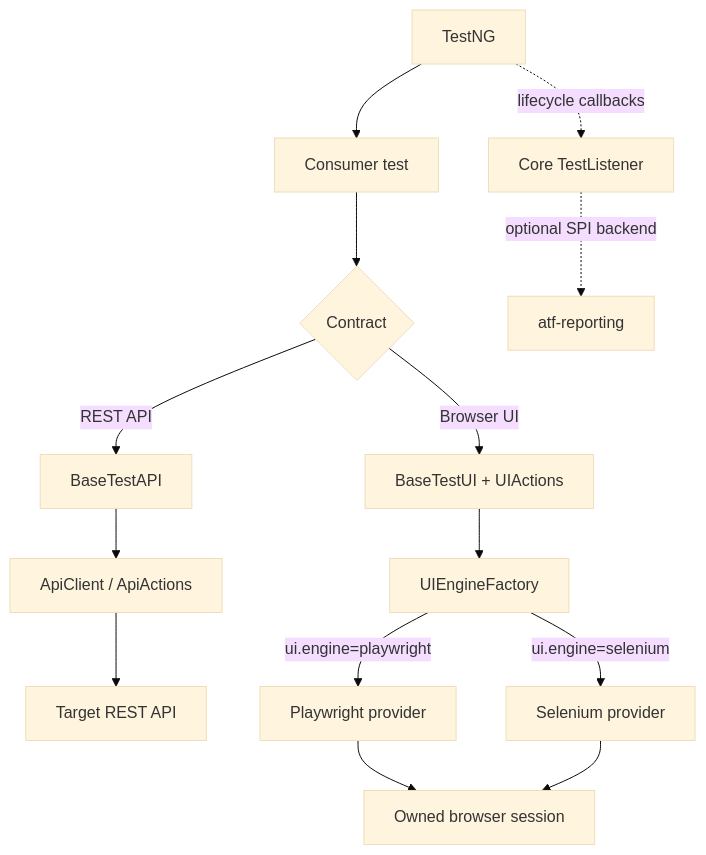
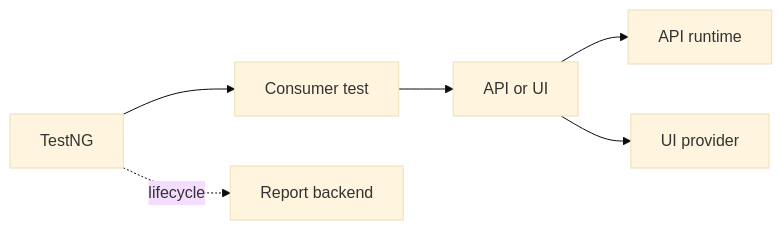
The second of 2 diagrams in README.md (crististefanita/ATF_AI), drawn with Mermaid (base theme) before and after one commit. The commit also changed other lines of this file and 111 other files, not shown here.

````diff
--- a/README.md
+++ b/README.md
@@ -34,16 +39,8 @@
 ```mermaid
-flowchart TB
+flowchart LR
     Runner["TestNG"] --> Test["Consumer test"]
-    Test --> Route{"Contract"}
-    Route -->|"REST API"| Api["BaseTestAPI"]
-    Api --> Client["ApiClient / ApiActions"]
-    Client --> Service["Target REST API"]
-    Route -->|"Browser UI"| Ui["BaseTestUI + UIActions"]
-    Ui --> Factory["UIEngineFactory"]
-    Factory -->|"ui.engine=playwright"| Playwright["Playwright provider"]
-    Factory -->|"ui.engine=selenium"| Selenium["Selenium provider"]
-    Playwright --> Browser["Owned browser session"]
-    Selenium --> Browser
-    Runner -. lifecycle callbacks .-> Listener["Core TestListener"]
-    Listener -. optional SPI backend .-> Reporting["atf-reporting"]
+    Test --> Route["API or UI"]
+    Route --> Api["API runtime"]
+    Route --> Ui["UI provider"]
+    Runner -. lifecycle .-> Reporting["Report backend"]
 ```
````
